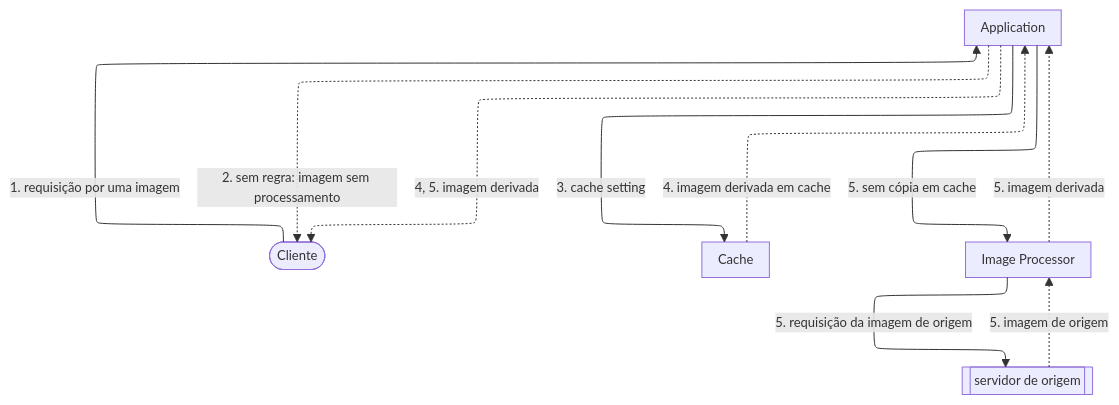
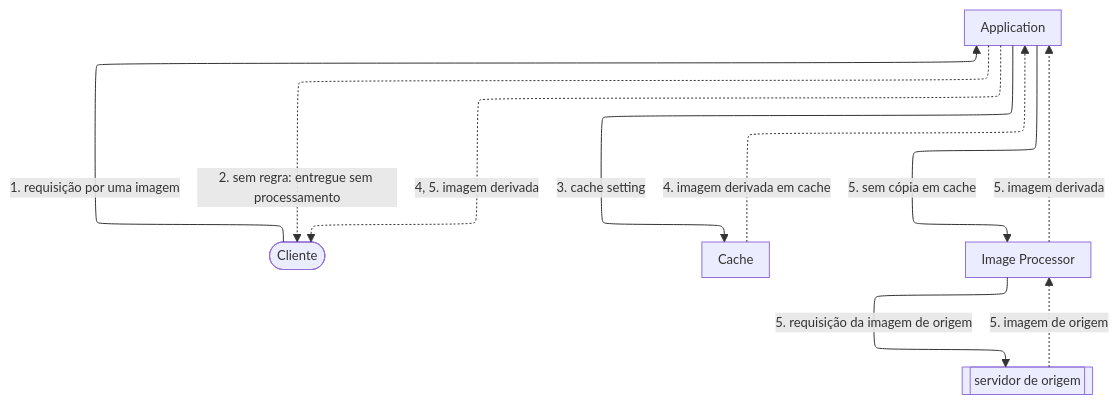
One commit to aziontech/docs changed the diagram in apps/docs/src/content/docs/pt-br/pages/build/image-processor/visao-geral.mdx. Above: the diagram before and after it, drawn with Mermaid. The commit also changed other lines of this file and 59 other files, not shown here.

````diff
--- a/apps/docs/src/content/docs/pt-br/pages/build/image-processor/visao-geral.mdx
+++ b/apps/docs/src/content/docs/pt-br/pages/build/image-processor/visao-geral.mdx
@@ -28,18 +26,18 @@
 ```mermaid
 %%{init: {"layout": "elk", "elk": {"cycleBreakingStrategy": "MODEL_ORDER"}, "themeVariables": {"fontSize": "13px"}, "flowchart": {"nodeSpacing": 24, "rankSpacing": 36, "padding": 8, "wrappingWidth": 150, "useMaxWidth": true}, "sequence": {"width": 120, "actorMargin": 30, "useMaxWidth": true}}}%%
 flowchart TD
   Client(["Cliente"])
   App["Application"]
   Cache["Cache"]
   IP["Image Processor"]
   Origin[["servidor de origem"]]
   Client -->|"1. requisição por uma imagem"| App
-  App -.->|"2. sem regra: imagem sem processamento"| Client
+  App -.->|"2. sem regra: entregue sem processamento"| Client
   App -->|"3. cache setting"| Cache
   Cache -.->|"4. imagem derivada em cache"| App
   App -->|"5. sem cópia em cache"| IP
   IP -->|"5. requisição da imagem de origem"| Origin
   Origin -.->|"5. imagem de origem"| IP
   IP -.->|"5. imagem derivada"| App
   App -.->|"4, 5. imagem derivada"| Client
 ```
````
